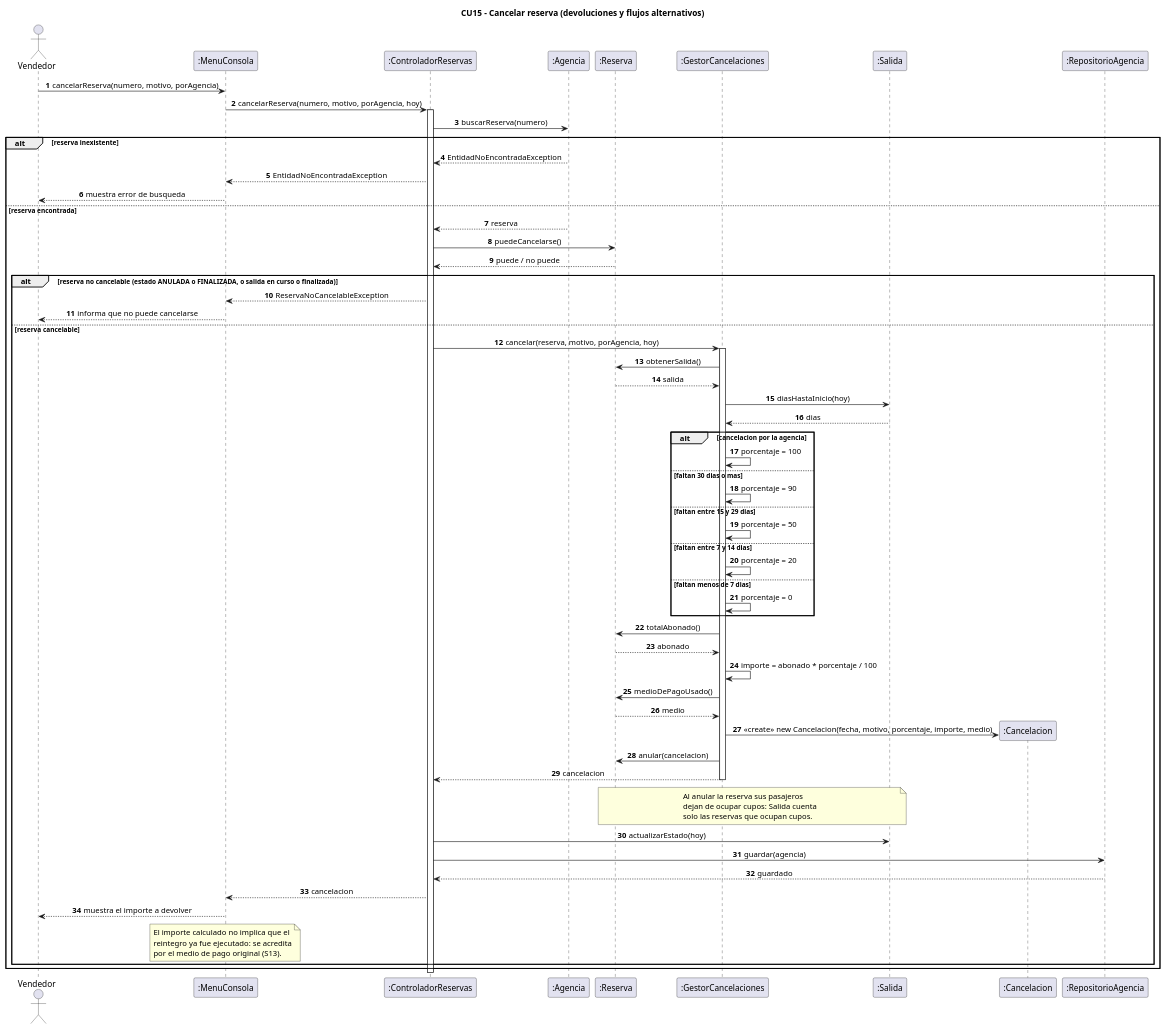
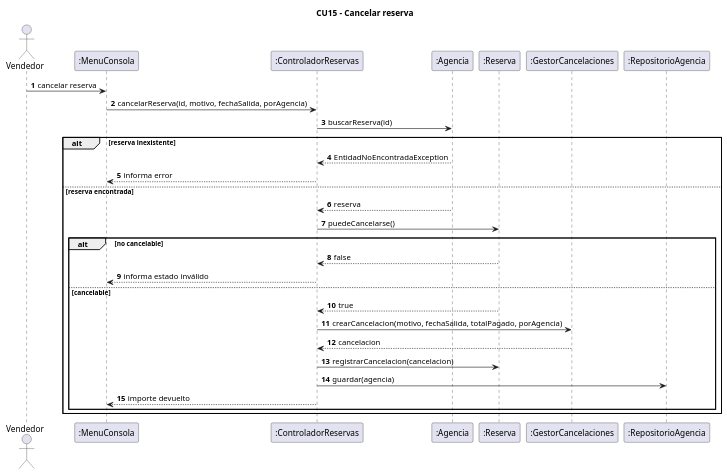
The diagram in docs/uml/03-secuencia-cancelar-reserva.puml (CarlosDanielOK/Avion), drawn with PlantUML before and after one commit. The commit also changed 76 other files, not shown here.

First line of the commit message:
Refactor reservation cancellation process and update UML diagrams

```diff
--- a/docs/uml/03-secuencia-cancelar-reserva.puml
+++ b/docs/uml/03-secuencia-cancelar-reserva.puml
@@ -1,97 +1,34 @@
 @startuml 03-secuencia-cancelar-reserva
-title CU15 - Cancelar reserva (devoluciones y flujos alternativos)
-
-skinparam shadowing false
-skinparam backgroundColor White
-skinparam sequenceMessageAlign center
+title CU15 - Cancelar reserva
 autonumber
 
 actor Vendedor
 participant ":MenuConsola" as UI
 participant ":ControladorReservas" as CTRL
 participant ":Agencia" as AGE
 participant ":Reserva" as RES
 participant ":GestorCancelaciones" as GC
-participant ":Salida" as SAL
-participant ":Cancelacion" as CAN
 participant ":RepositorioAgencia" as REPO
 
-Vendedor -> UI : cancelarReserva(numero, motivo, porAgencia)
-UI -> CTRL : cancelarReserva(numero, motivo, porAgencia, hoy)
-activate CTRL
-
-CTRL -> AGE : buscarReserva(numero)
-
+Vendedor -> UI : cancelar reserva
+UI -> CTRL : cancelarReserva(id, motivo, fechaSalida, porAgencia)
+CTRL -> AGE : buscarReserva(id)
 alt reserva inexistente
   AGE --> CTRL : EntidadNoEncontradaException
-  CTRL --> UI : EntidadNoEncontradaException
-  UI --> Vendedor : muestra error de busqueda
-
+  CTRL --> UI : informa error
 else reserva encontrada
   AGE --> CTRL : reserva
   CTRL -> RES : puedeCancelarse()
-  RES --> CTRL : puede / no puede
-
-  alt reserva no cancelable (estado ANULADA o FINALIZADA, o salida en curso o finalizada)
-    CTRL --> UI : ReservaNoCancelableException
-    UI --> Vendedor : informa que no puede cancelarse
-
-  else reserva cancelable
-    CTRL -> GC : cancelar(reserva, motivo, porAgencia, hoy)
-    activate GC
-
-    GC -> RES : obtenerSalida()
-    RES --> GC : salida
-    GC -> SAL : diasHastaInicio(hoy)
-    SAL --> GC : dias
-
-    alt cancelacion por la agencia
-      GC -> GC : porcentaje = 100
-    else faltan 30 dias o mas
-      GC -> GC : porcentaje = 90
-    else faltan entre 15 y 29 dias
-      GC -> GC : porcentaje = 50
-    else faltan entre 7 y 14 dias
-      GC -> GC : porcentaje = 20
-    else faltan menos de 7 dias
-      GC -> GC : porcentaje = 0
-    end
-
-    GC -> RES : totalAbonado()
-    RES --> GC : abonado
-
-    GC -> GC : importe = abonado * porcentaje / 100
-
-    GC -> RES : medioDePagoUsado()
-    RES --> GC : medio
-
-    create CAN
-    GC -> CAN : <<create>> new Cancelacion(fecha, motivo, porcentaje, importe, medio)
-
-    GC -> RES : anular(cancelacion)
+  alt no cancelable
+    RES --> CTRL : false
+    CTRL --> UI : informa estado inválido
+  else cancelable
+    RES --> CTRL : true
+    CTRL -> GC : crearCancelacion(motivo, fechaSalida, totalPagado, porAgencia)
     GC --> CTRL : cancelacion
-    deactivate GC
-
-    note over RES,SAL
-      Al anular la reserva sus pasajeros
-      dejan de ocupar cupos: Salida cuenta
-      solo las reservas que ocupan cupos.
-    end note
-
-    CTRL -> SAL : actualizarEstado(hoy)
+    CTRL -> RES : registrarCancelacion(cancelacion)
     CTRL -> REPO : guardar(agencia)
-    REPO --> CTRL : guardado
-
-    CTRL --> UI : cancelacion
-    UI --> Vendedor : muestra el importe a devolver
-
-    note over UI
-      El importe calculado no implica que el
-      reintegro ya fue ejecutado: se acredita
-      por el medio de pago original (S13).
-    end note
+    CTRL --> UI : importe devuelto
   end
 end
-
-deactivate CTRL
 @enduml
```
